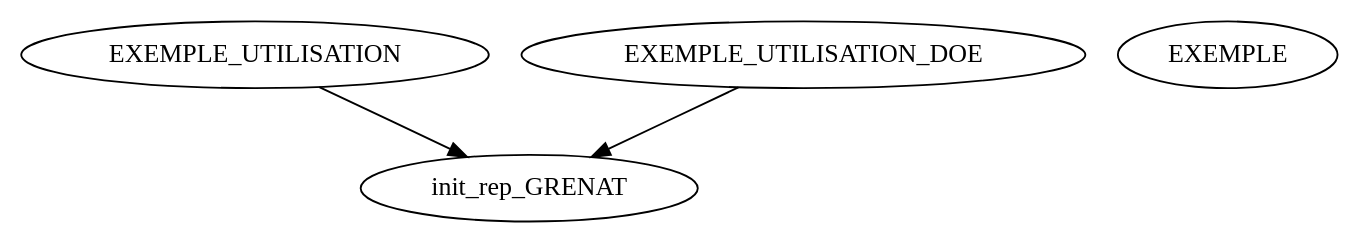
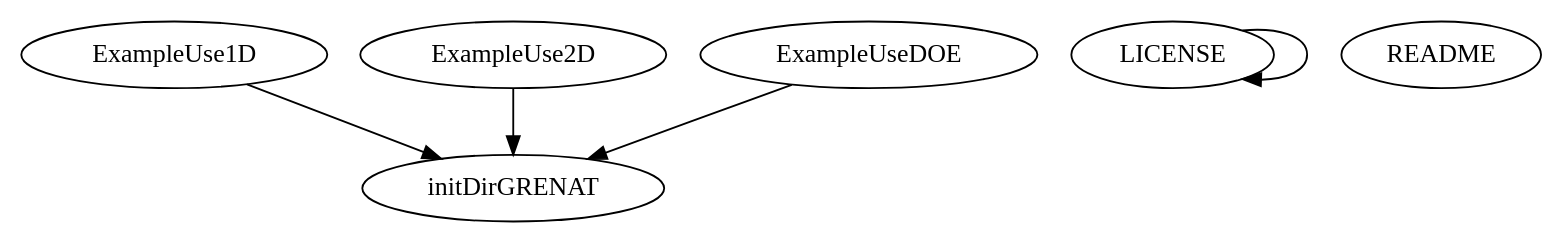
Before and after one commit to luclaurent/GRENAT: the diagram in doc/GRENAT/graph.dot, drawn with Graphviz. The commit also changed 238 other files, not shown here.

```diff
--- a/doc/GRENAT/graph.dot
+++ b/doc/GRENAT/graph.dot
@@ -1,10 +1,14 @@
 /* Created by mdot for Matlab */
 digraph m2html {
-  EXEMPLE_UTILISATION -> init_rep_GRENAT;
-  EXEMPLE_UTILISATION_DOE -> init_rep_GRENAT;
+  ExampleUse1D -> initDirGRENAT;
+  ExampleUse2D -> initDirGRENAT;
+  ExampleUseDOE -> initDirGRENAT;
+  LICENSE -> LICENSE;
 
-  EXEMPLE [URL="EXEMPLE.html"];
-  EXEMPLE_UTILISATION [URL="EXEMPLE_UTILISATION.html"];
-  EXEMPLE_UTILISATION_DOE [URL="EXEMPLE_UTILISATION_DOE.html"];
-  init_rep_GRENAT [URL="init_rep_GRENAT.html"];
+  ExampleUse1D [URL="ExampleUse1D.html"];
+  ExampleUse2D [URL="ExampleUse2D.html"];
+  ExampleUseDOE [URL="ExampleUseDOE.html"];
+  LICENSE [URL="LICENSE.html"];
+  README [URL="README.html"];
+  initDirGRENAT [URL="initDirGRENAT.html"];
 }
```
